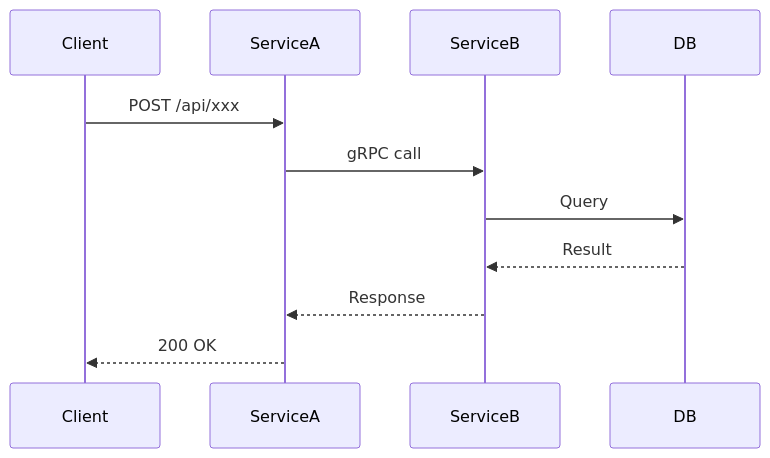
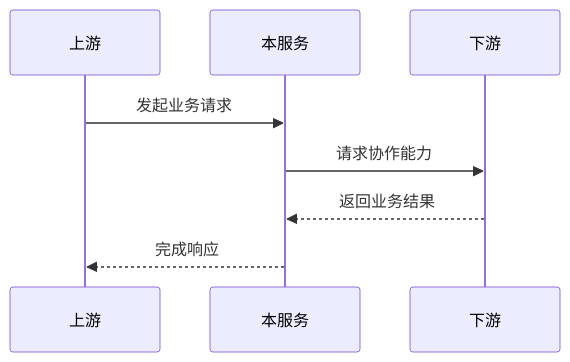
Before and after one commit to oleewen/ai-knowledge: the second of 3 diagrams in agent/skills/sdx-architect/assets/asd-template.md, drawn with Mermaid. The commit also changed other lines of this file and 19 other files, not shown here.

Commit message:
chore(sdx-architect): 同步技能资产

````diff
--- a/agent/skills/sdx-architect/assets/asd-template.md
+++ b/agent/skills/sdx-architect/assets/asd-template.md
@@ -66,14 +61,10 @@
 ```mermaid
 sequenceDiagram
-    participant Client
-    participant ServiceA
-    participant ServiceB
-    participant DB
-    
-    Client->>ServiceA: POST /api/xxx
-    ServiceA->>ServiceB: gRPC call
-    ServiceB->>DB: Query
-    DB-->>ServiceB: Result
-    ServiceB-->>ServiceA: Response
-    ServiceA-->>Client: 200 OK
+    participant Upstream as 上游
+    participant Service as 本服务
+    participant Downstream as 下游
+    Upstream->>Service: 发起业务请求
+    Service->>Downstream: 请求协作能力
+    Downstream-->>Service: 返回业务结果
+    Service-->>Upstream: 完成响应
 ```
````
